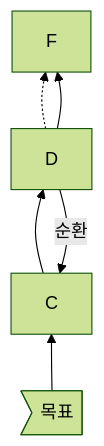
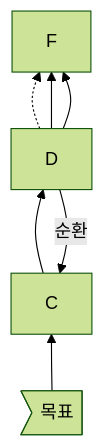
One commit to Wonsoox/Tutorial_GithubTutorial changed the second of 2 diagrams in Tetris_Mermaid.md. Above: the diagram before and after it, drawn with Mermaid (forest theme).

````diff
--- a/Tetris_Mermaid.md
+++ b/Tetris_Mermaid.md
@@ -7,8 +7,9 @@
 ```mermaid
 flowchart BT
     C --> D
     D -- 순환 --> C
     D -.-> F
     D --> F
+    D --> F
     G>목표] --> C
 ```
````
